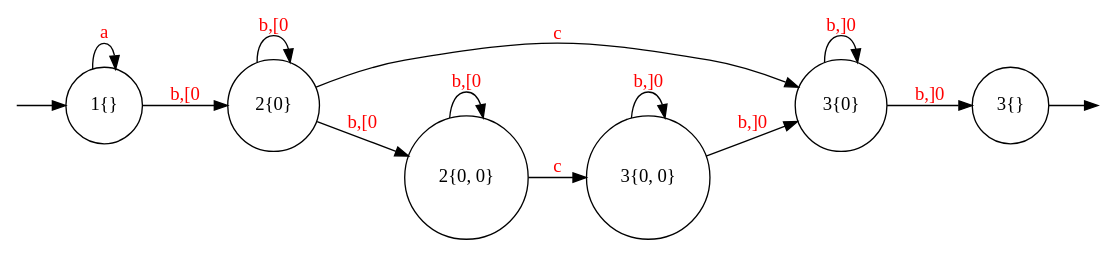
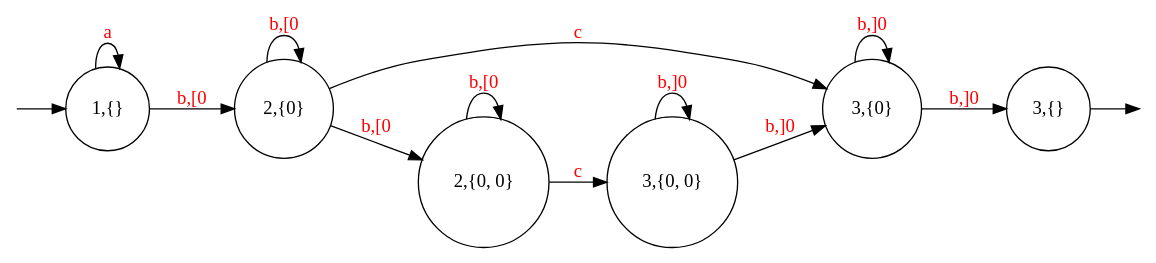
One commit to 0Marble/lgraphs changed the diagram in text/graphs/graph1_normal.dot. Above: the diagram before and after it, drawn with Graphviz. The commit also changed 19 other files, not shown here.

```diff
--- a/text/graphs/graph1_normal.dot
+++ b/text/graphs/graph1_normal.dot
@@ -1,21 +1,21 @@
 digraph {
 	node [shape=circle];
 	Q0 [style=invisible, height=0, width=0, fixedsize=true];
 	Q1 [style=invisible, height=0, width=0, fixedsize=true];
 	graph [rankdir="LR"];
 
-	Q0 -> "1{}";
-	"3{}" -> Q1;
+	Q0 -> "1,{}";
+	"3,{}" -> Q1;
 
-	"3{0, 0}" -> "3{0}"  [label="b,]0", fontcolor=red];
-	"1{}" -> "2{0}"  [label="b,[0", fontcolor=red];
-	"2{0}" -> "3{0}"  [label="c", fontcolor=red];
-	"2{0}" -> "2{0, 0}"  [label="b,[0", fontcolor=red];
-	"1{}" -> "1{}"  [label="a", fontcolor=red];
-	"3{0}" -> "3{}"  [label="b,]0", fontcolor=red];
-	"2{0, 0}" -> "3{0, 0}"  [label="c", fontcolor=red];
-	"2{0}" -> "2{0}"  [label="b,[0", fontcolor=red];
-	"3{0}" -> "3{0}"  [label="b,]0", fontcolor=red];
-	"2{0, 0}" -> "2{0, 0}"  [label="b,[0", fontcolor=red];
-	"3{0, 0}" -> "3{0, 0}"  [label="b,]0", fontcolor=red];
+	"3,{0, 0}" -> "3,{0}"  [label="b,]0", fontcolor=red];
+	"1,{}" -> "2,{0}"  [label="b,[0", fontcolor=red];
+	"2,{0}" -> "3,{0}"  [label="c", fontcolor=red];
+	"2,{0}" -> "2,{0, 0}"  [label="b,[0", fontcolor=red];
+	"1,{}" -> "1,{}"  [label="a", fontcolor=red];
+	"3,{0}" -> "3,{}"  [label="b,]0", fontcolor=red];
+	"2,{0, 0}" -> "3,{0, 0}"  [label="c", fontcolor=red];
+	"2,{0}" -> "2,{0}"  [label="b,[0", fontcolor=red];
+	"3,{0}" -> "3,{0}"  [label="b,]0", fontcolor=red];
+	"2,{0, 0}" -> "2,{0, 0}"  [label="b,[0", fontcolor=red];
+	"3,{0, 0}" -> "3,{0, 0}"  [label="b,]0", fontcolor=red];
 }
```
